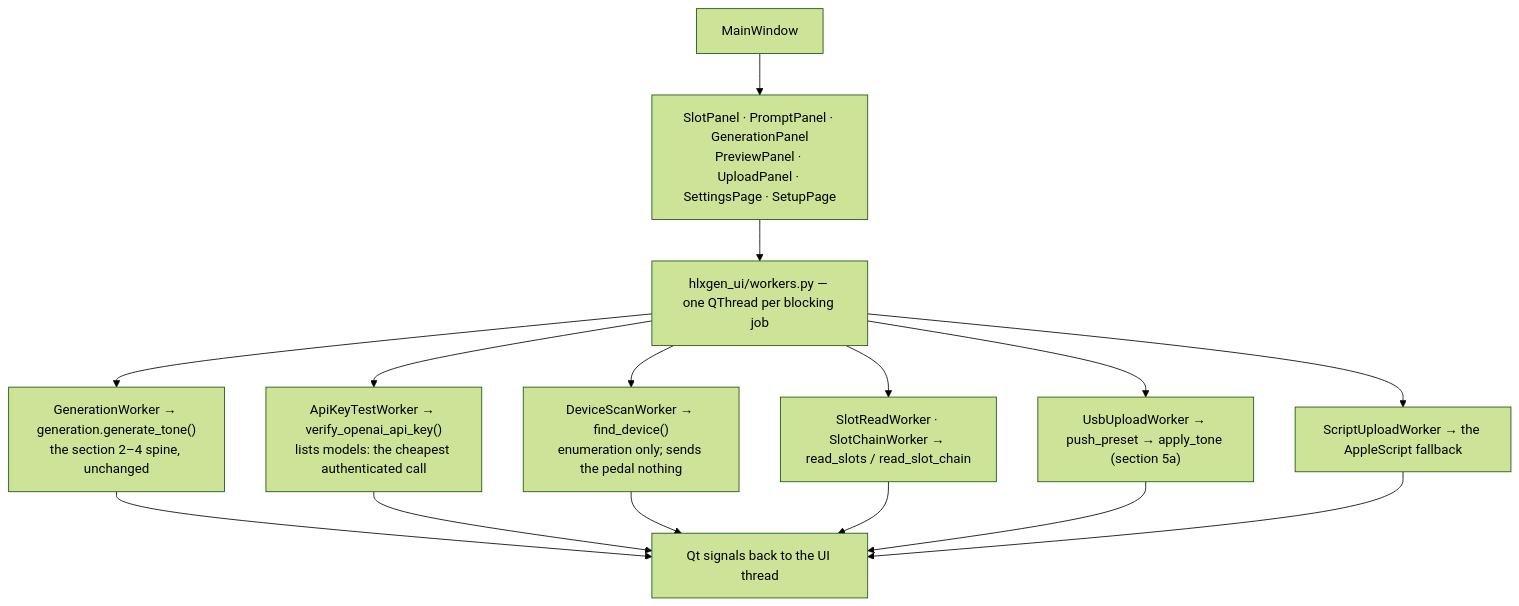
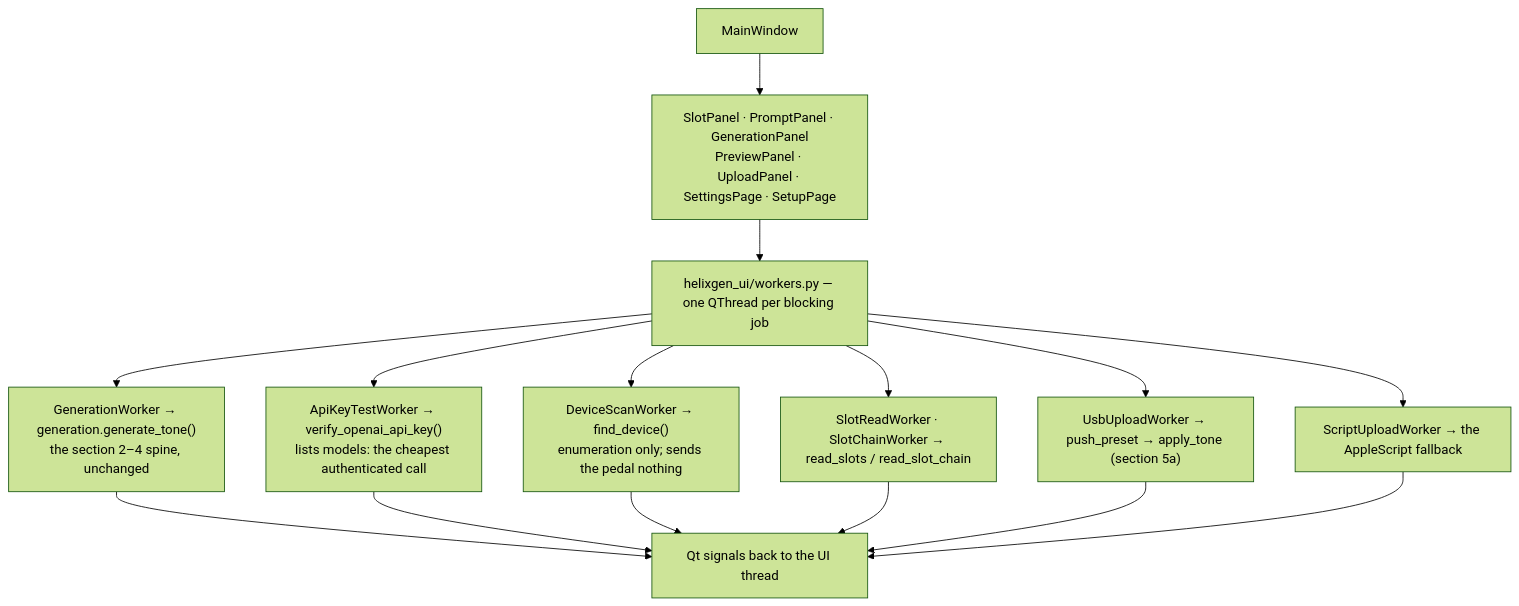
One commit to ORogers/HelixGen changed the fifth of 5 diagrams in docs/application_flow.md. Above: the diagram before and after it, drawn with Mermaid (forest theme). The commit also changed other lines of this file and 126 other files, not shown here.

````diff
--- a/docs/application_flow.md
+++ b/docs/application_flow.md
@@ -260,19 +260,19 @@
 ```mermaid
 flowchart TD
     win["MainWindow"] --> panels["SlotPanel · PromptPanel · GenerationPanel<br>PreviewPanel · UploadPanel · SettingsPage · SetupPage"]
-    panels --> workers["hlxgen_ui/workers.py — one QThread per blocking job"]
+    panels --> workers["helixgen_ui/workers.py — one QThread per blocking job"]
 
     workers --> gw["GenerationWorker → generation.generate_tone()<br>the section 2–4 spine, unchanged"]
     workers --> kw["ApiKeyTestWorker → verify_openai_api_key()<br>lists models: the cheapest authenticated call"]
     workers --> dw["DeviceScanWorker → find_device()<br>enumeration only; sends the pedal nothing"]
     workers --> sw["SlotReadWorker · SlotChainWorker → read_slots / read_slot_chain"]
     workers --> uw["UsbUploadWorker → push_preset → apply_tone (section 5a)"]
     workers --> aw["ScriptUploadWorker → the AppleScript fallback"]
 
     gw --> ui["Qt signals back to the UI thread"]
     kw --> ui
     dw --> ui
     sw --> ui
     uw --> ui
     aw --> ui
 ```
````
